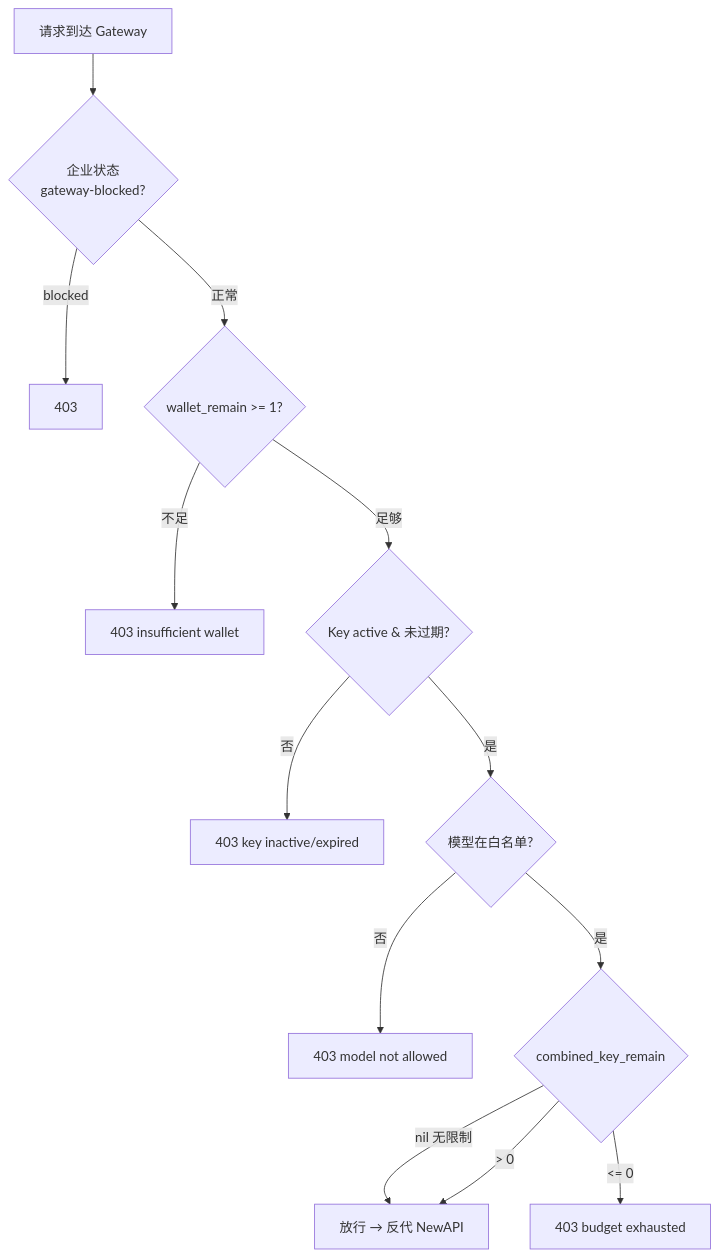
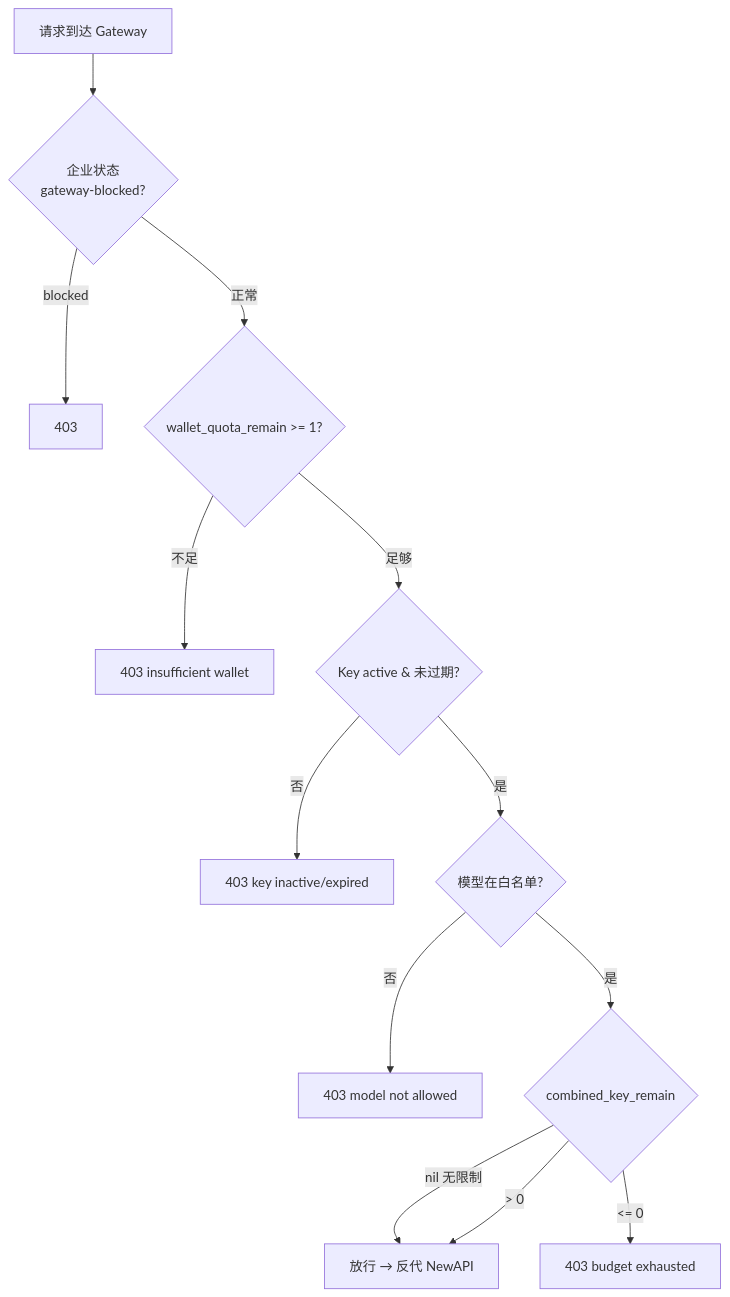
Before and after one commit to quyip8818/mytokenjoy: the third of 10 diagrams in docs/reviews/budget-quota-billing-architecture.md, drawn with Mermaid. The commit also changed other lines of this file and 43 other files, not shown here.

Commit message:
rename wallet_remain → wallet_quota_remain

````diff
--- a/docs/reviews/budget-quota-billing-architecture.md
+++ b/docs/reviews/budget-quota-billing-architecture.md
@@ -188,15 +188,15 @@
 ```mermaid
 flowchart TD
   Start[请求到达 Gateway] --> C1{企业状态<br/>gateway-blocked?}
   C1 -->|blocked| R1[403]
-  C1 -->|正常| C2{wallet_remain >= 1?}
+  C1 -->|正常| C2{wallet_quota_remain >= 1?}
   C2 -->|不足| R2[403 insufficient wallet]
   C2 -->|足够| C3{Key active & 未过期?}
   C3 -->|否| R3[403 key inactive/expired]
   C3 -->|是| C4{模型在白名单?}
   C4 -->|否| R4[403 model not allowed]
   C4 -->|是| C5{combined_key_remain}
   C5 -->|nil 无限制| PASS[放行 → 反代 NewAPI]
   C5 -->|> 0| PASS
   C5 -->|<= 0| R5[403 budget exhausted]
 ```
````
